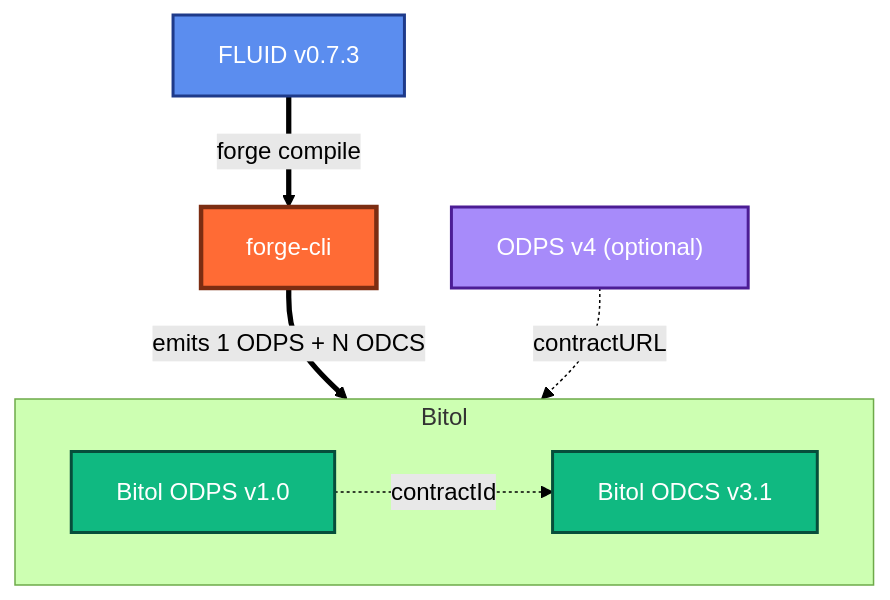
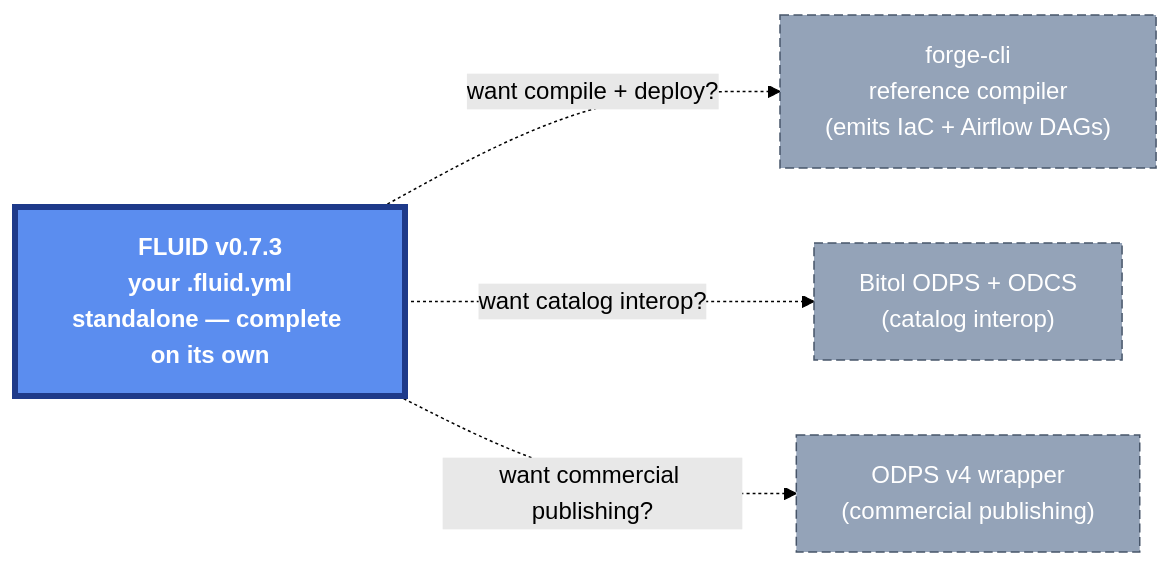
Before and after one commit to open-data-protocol/fluid: the diagram in README.md, drawn with Mermaid (forest theme).

First paragraph of the commit message:
redesign architecture diagram: FLUID as standalone core, others as optional adapters
Per review feedback ("gives the impression we need to work with all, but
reality is not"), the previous solid-arrow flowchart visually implied
FLUID + forge-cli + Bitol + ODPS v4 were all required. The truth is:

````diff
--- a/README.md
+++ b/README.md
@@ -127,29 +127,20 @@
 ```mermaid
-flowchart TB
-    classDef fluid  fill:#5B8DEF,color:#fff,stroke:#1E3A8A,stroke-width:2px
-    classDef forge  fill:#FF6B35,color:#fff,stroke:#7C2D12,stroke-width:3px
-    classDef bitol  fill:#10B981,color:#fff,stroke:#064E3B,stroke-width:2px
-    classDef odpsv4 fill:#A78BFA,color:#fff,stroke:#4C1D95,stroke-width:2px
+flowchart LR
+    classDef core fill:#5B8DEF,color:#fff,stroke:#1E3A8A,stroke-width:4px,font-weight:bold
+    classDef opt  fill:#94A3B8,color:#fff,stroke:#475569,stroke-width:1px,stroke-dasharray:6 3
 
-    F["FLUID v0.7.3"]:::fluid
-    FC["forge-cli"]:::forge
+    F["FLUID v0.7.3<br/>your .fluid.yml<br/>standalone — complete on its own"]:::core
 
-    subgraph bitol ["Bitol"]
-        direction LR
-        OP["Bitol ODPS v1.0"]:::bitol
-        OC["Bitol ODCS v3.1"]:::bitol
-    end
+    FC["forge-cli<br/>reference compiler<br/>(emits IaC + Airflow DAGs)"]:::opt
+    BIT["Bitol ODPS + ODCS<br/>(catalog interop)"]:::opt
+    V4["ODPS v4 wrapper<br/>(commercial publishing)"]:::opt
 
-    V4["ODPS v4 (optional)"]:::odpsv4
-
-    F  ==>|"forge compile"| FC
-    FC ==>|"emits 1 ODPS + N ODCS"| OP
-    OP -.->|"contractId"| OC
-    V4 -.->|"contractURL"| OC
+    F -.->|"want compile + deploy?"| FC
+    F -.->|"want catalog interop?"| BIT
+    F -.->|"want commercial publishing?"| V4
 
     click F "https://github.com/open-data-protocol/fluid"
     click FC "https://github.com/Agenticstiger/forge-cli"
-    click OP "https://github.com/bitol-io/open-data-product-standard"
-    click OC "https://github.com/bitol-io/open-data-contract-standard"
+    click BIT "https://github.com/bitol-io"
     click V4 "https://github.com/Open-Data-Product-Initiative/v4.0"
 ```
````
